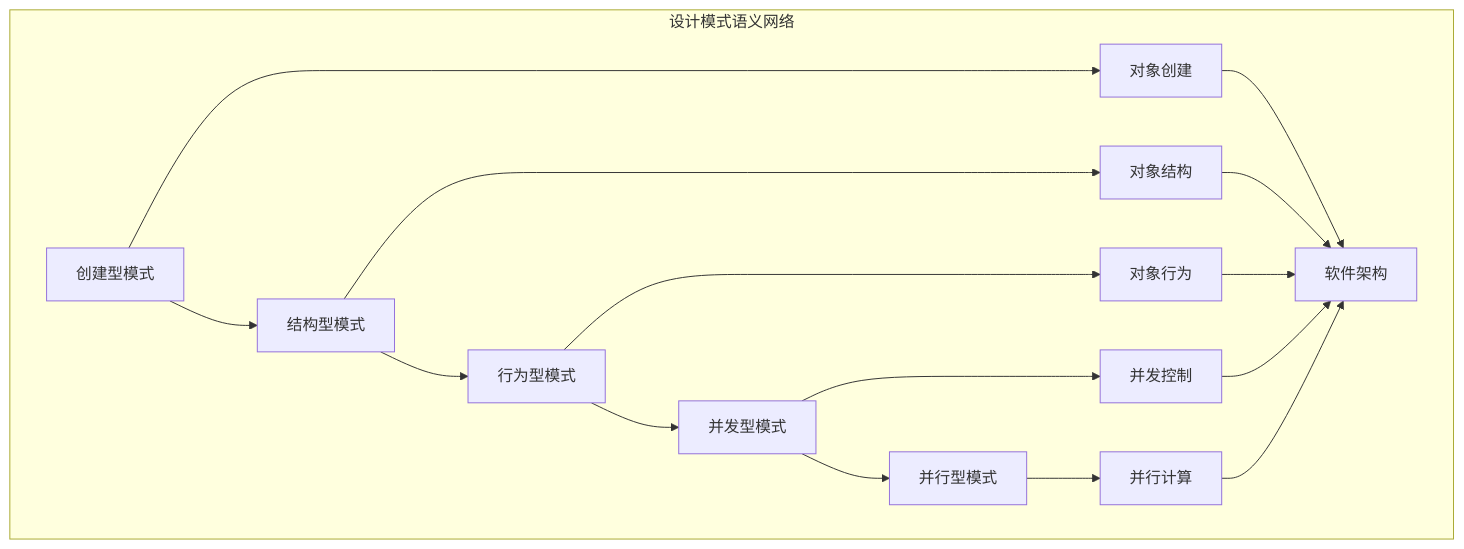
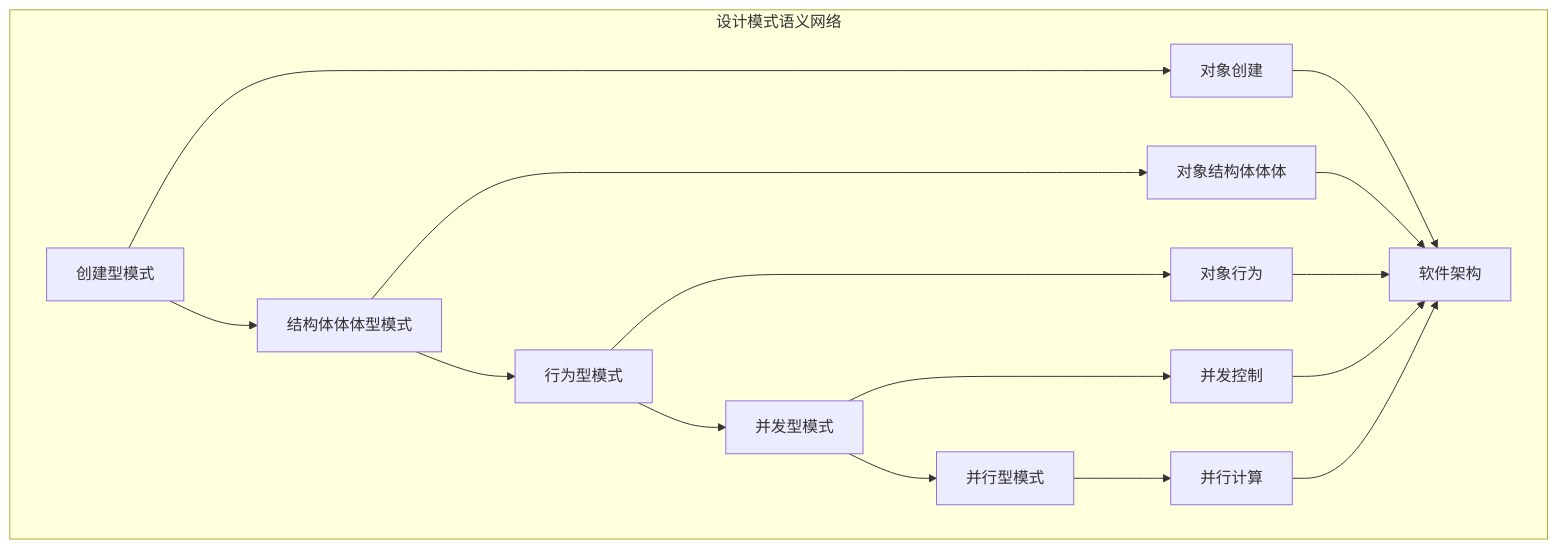
The diagram in formal_rust/refactor/02_design_patterns/00_index.md (martin-ly/rust-lang), drawn with Mermaid before and after one commit. The commit also changed other lines of this file and 5740 other files, not shown here.

````diff
--- a/formal_rust/refactor/02_design_patterns/00_index.md
+++ b/formal_rust/refactor/02_design_patterns/00_index.md
@@ -132,21 +132,21 @@
 ```mermaid
 graph TB
     subgraph "设计模式语义网络"
-        A[创建型模式] --> B[结构型模式]
+        A[创建型模式] --> B[结构体体体型模式]
         B --> C[行为型模式]
         C --> D[并发型模式]
         D --> E[并行型模式]
         
         A --> F[对象创建]
-        B --> G[对象结构]
+        B --> G[对象结构体体体]
         C --> H[对象行为]
         D --> I[并发控制]
         E --> J[并行计算]
         
         F --> K[软件架构]
         G --> K
         H --> K
         I --> K
         J --> K
     end
 ```
````
